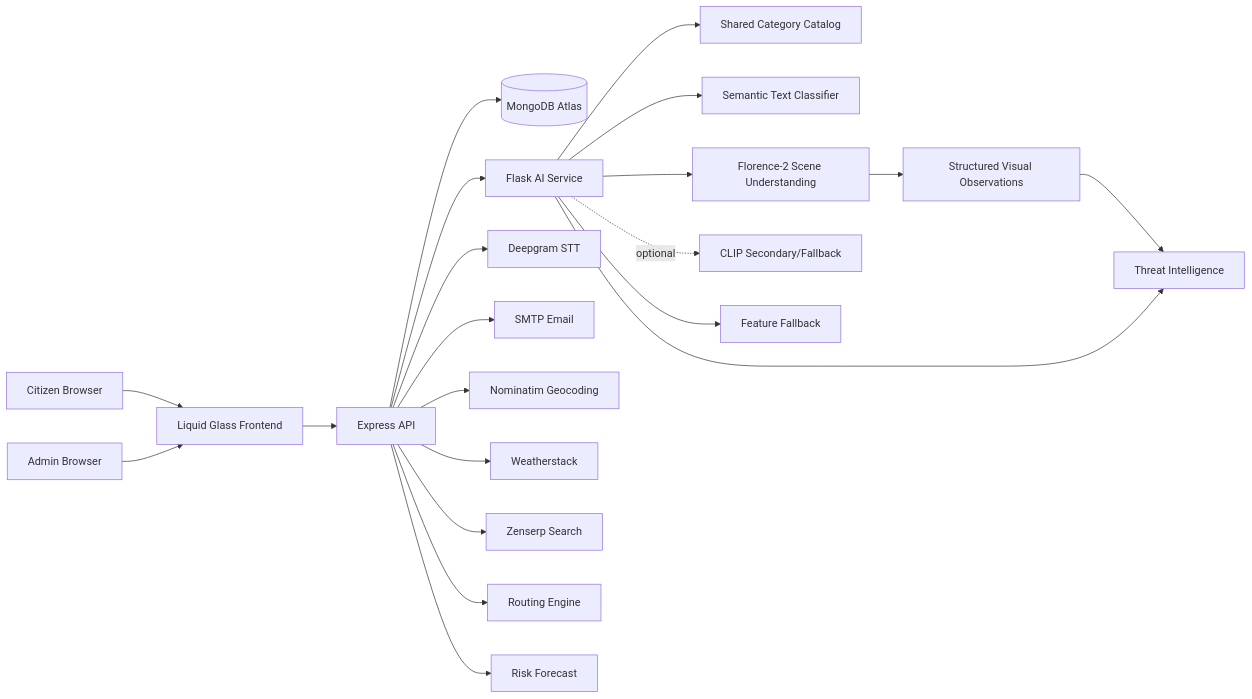
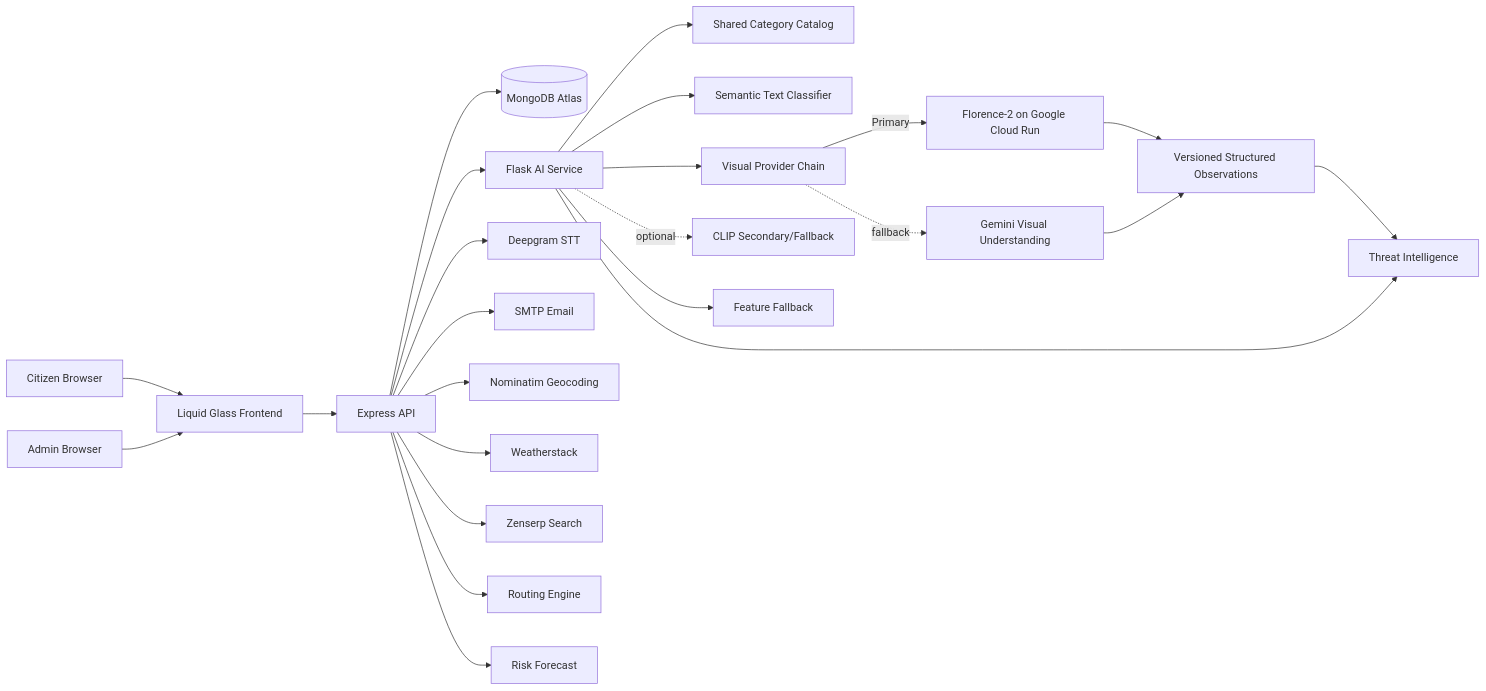
The first of 2 diagrams in README.md (Shreyas0047/Urban-Pulse-Ai), drawn with Mermaid before and after one commit. The commit also changed other lines of this file and 42 other files, not shown here.

````diff
--- a/README.md
+++ b/README.md
@@ -120,23 +120,26 @@
 ```mermaid
 flowchart LR
     Citizen[Citizen Browser] --> Frontend[Liquid Glass Frontend]
     Admin[Admin Browser] --> Frontend
     Frontend --> Express[Express API]
     Express --> Mongo[(MongoDB Atlas)]
     Express --> Flask[Flask AI Service]
     Flask --> Catalog[Shared Category Catalog]
     Flask --> TextAI[Semantic Text Classifier]
-    Flask --> VisionAI[Florence-2 Scene Understanding]
-    VisionAI --> Observation[Structured Visual Observations]
+    Flask --> Provider[Visual Provider Chain]
+    Provider -->|Primary| VisionAI[Florence-2 on Google Cloud Run]
+    Provider -. fallback .-> Gemini[Gemini Visual Understanding]
+    VisionAI --> Observation[Versioned Structured Observations]
+    Gemini --> Observation
     Observation --> ThreatAI
     Flask -. optional .-> CLIP[CLIP Secondary/Fallback]
     Flask --> VisionFallback[Feature Fallback]
     Flask --> ThreatAI[Threat Intelligence]
     Express --> Deepgram[Deepgram STT]
     Express --> SMTP[SMTP Email]
     Express --> Geo[Nominatim Geocoding]
     Express --> Weather[Weatherstack]
     Express --> Zenserp[Zenserp Search]
     Express --> Routing[Routing Engine]
     Express --> Risk[Risk Forecast]
 ```
````
